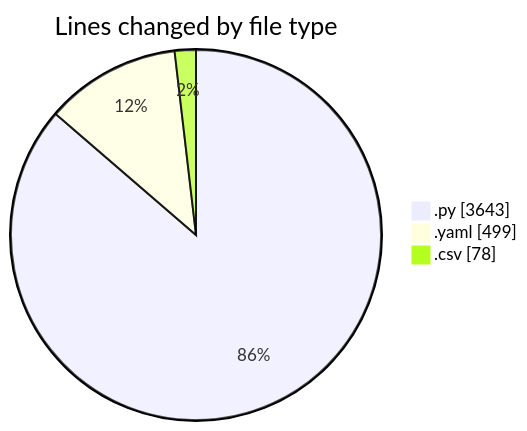
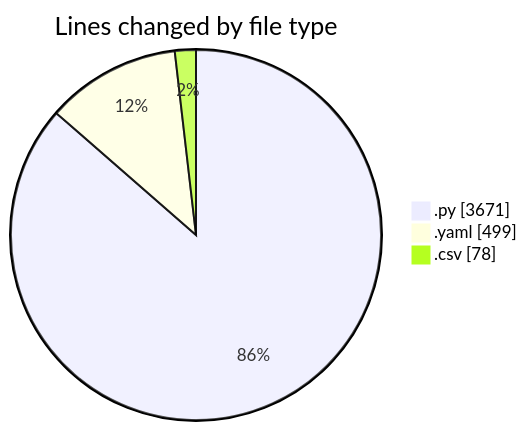
Before and after one commit to MatusMokan/code-tracking: the first of 2 diagrams in 2025-03-01/myws__workspace_/README.md, drawn with Mermaid. The commit also changed other lines of this file and 1 other file, not shown here.

````diff
--- a/2025-03-01/myws__workspace_/README.md
+++ b/2025-03-01/myws__workspace_/README.md
@@ -30,7 +30,7 @@
 ```mermaid
 pie showData
 title Lines changed by file type
-".py" : 3643
+".py" : 3671
 ".yaml" : 499
 ".csv" : 78
 ```
````
